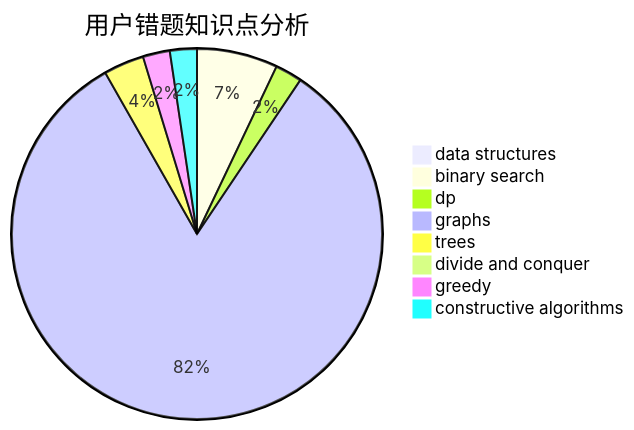
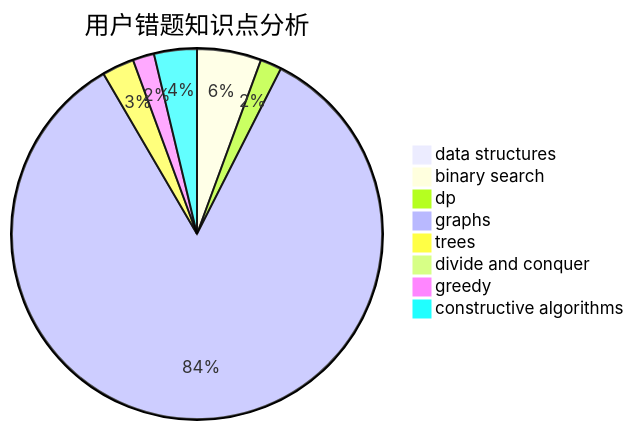
One commit to sherpahu/cfrs.github.io changed the third of 3 diagrams in docs/user/u278.md. Above: the diagram before and after it, drawn with Mermaid. The commit also changed other lines of this file and 2770 other files, not shown here.

````diff
--- a/docs/user/u278.md
+++ b/docs/user/u278.md
@@ -36,11 +36,11 @@
 ```mermaid
 pie title 用户错题知识点分析
     "data structures" :  0
     "binary search" :  6
     "dp" :  2
-    "graphs" :  70
+    "graphs" :  90
     "trees" :  3
     "divide and conquer" :  0
     "greedy" :  2
-    "constructive algorithms" :  2
+    "constructive algorithms" :  4
 ```
````
